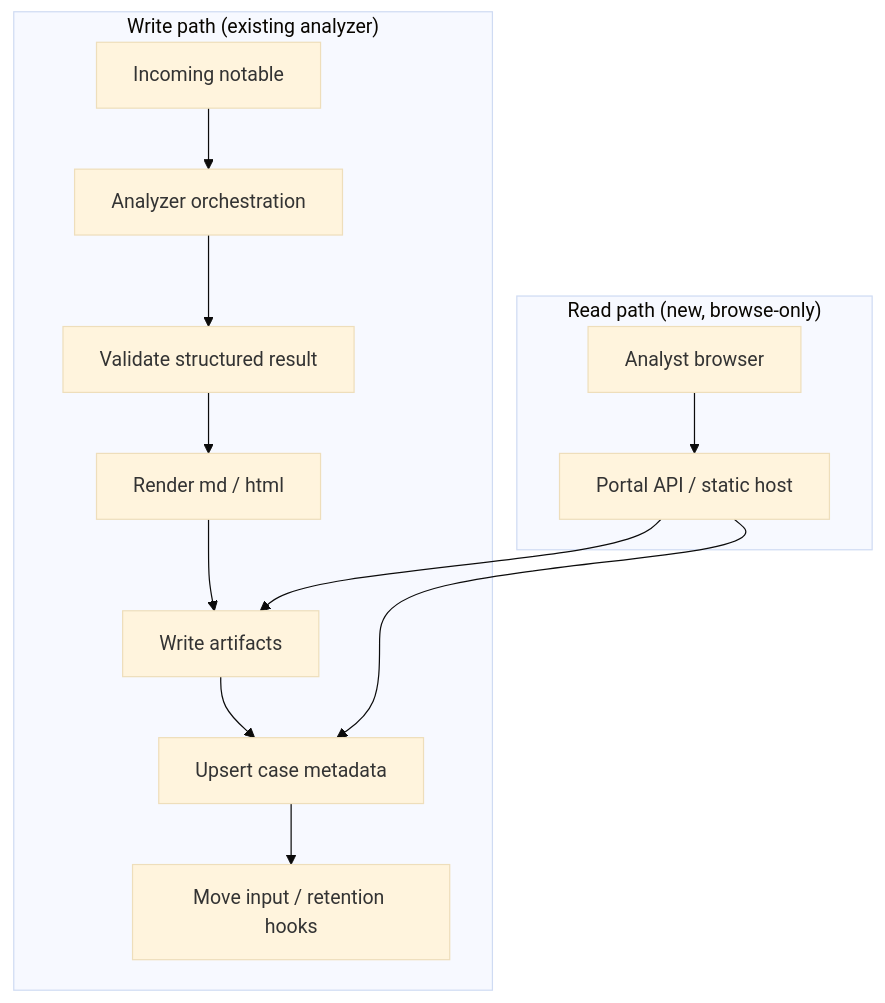
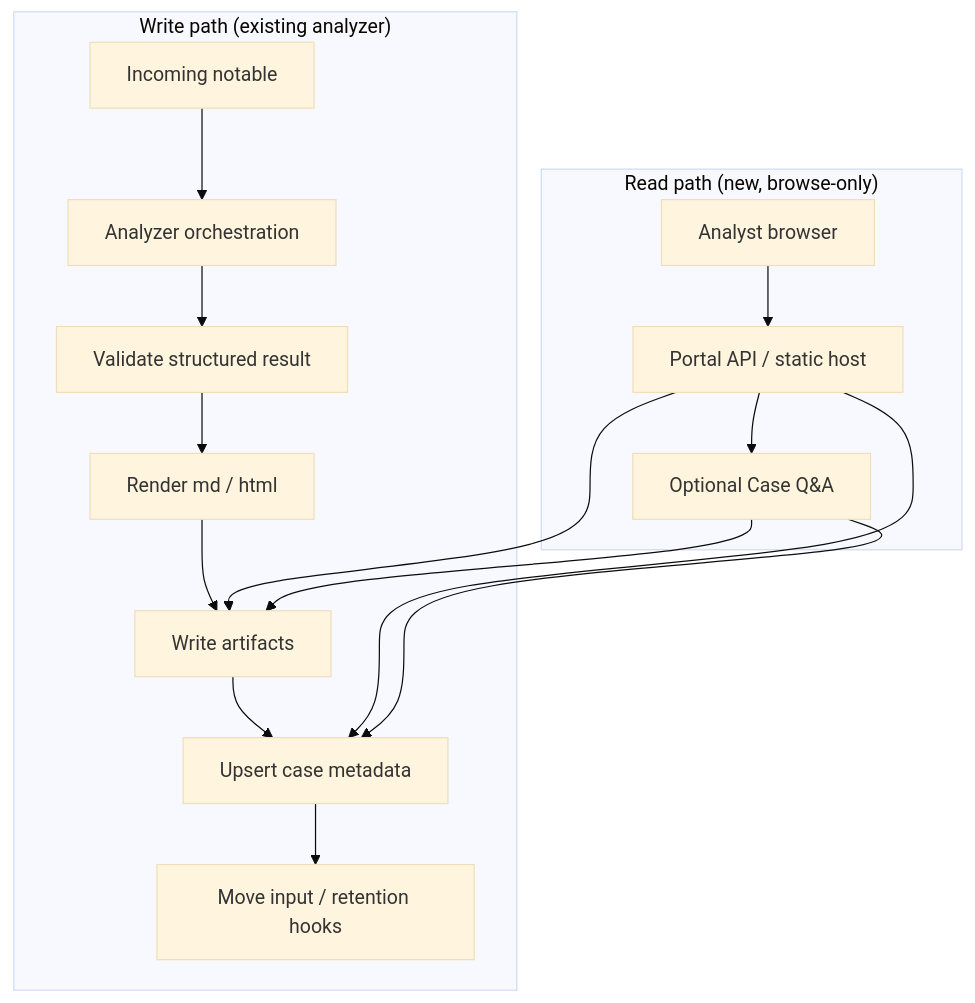
One commit to dreyna001/llm_notable_analysis changed the second of 2 diagrams in llm_notable_analysis_onprem_systemd/docs/architecture/feature_enhancements_architecture.md. Above: the diagram before and after it, drawn with Mermaid (base theme). The commit also changed other lines of this file and 6 other files, not shown here.

````diff
--- a/llm_notable_analysis_onprem_systemd/docs/architecture/feature_enhancements_architecture.md
+++ b/llm_notable_analysis_onprem_systemd/docs/architecture/feature_enhancements_architecture.md
@@ -749,17 +752,20 @@
 ```mermaid
 flowchart TB
   subgraph WritePath["Write path (existing analyzer)"]
     IN[Incoming notable] --> AN[Analyzer orchestration]
     AN --> VAL[Validate structured result]
     VAL --> RND[Render md / html]
     RND --> ART[Write artifacts]
     ART --> IDX[Upsert case metadata]
     IDX --> MOV[Move input / retention hooks]
   end
 
   subgraph ReadPath["Read path (new, browse-only)"]
     UI[Analyst browser] --> PORT[Portal API / static host]
     PORT --> IDX
     PORT --> ART
+    PORT --> QA[Optional Case Q&A]
+    QA --> IDX
+    QA --> ART
   end
 ```
````
